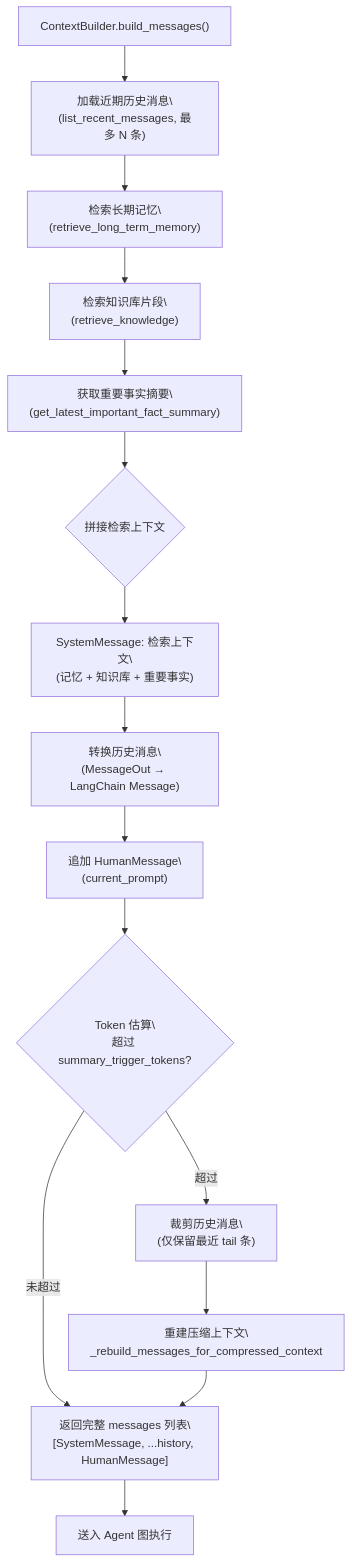
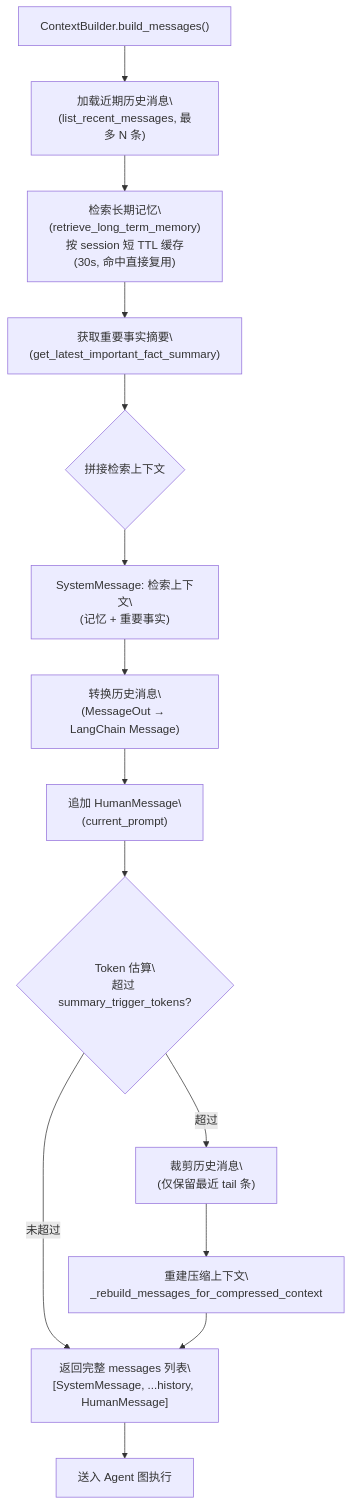
One commit to xiao-Huahuo/Agent-Core-Service changed the tenth of 23 diagrams in README.md. Above: the diagram before and after it, drawn with Mermaid. The commit also changed other lines of this file and 18 other files, not shown here.

````diff
--- a/README.md
+++ b/README.md
@@ -709,17 +712,16 @@
 ```mermaid
 flowchart TD
     A["ContextBuilder.build_messages()"] --> B["加载近期历史消息\\n(list_recent_messages, 最多 N 条)"]
-    B --> C["检索长期记忆\\n(retrieve_long_term_memory)"]
-    C --> D["检索知识库片段\\n(retrieve_knowledge)"]
-    D --> E["获取重要事实摘要\\n(get_latest_important_fact_summary)"]
-    E --> F{"拼接检索上下文"}
-    F --> G["SystemMessage: 检索上下文\\n(记忆 + 知识库 + 重要事实)"]
-    G --> H["转换历史消息\\n(MessageOut → LangChain Message)"]
-    H --> I["追加 HumanMessage\\n(current_prompt)"]
-    I --> J{"Token 估算\\n超过 summary_trigger_tokens?"}
-    J -->|"未超过"| K["返回完整 messages 列表\\n[SystemMessage, ...history, HumanMessage]"]
-    J -->|"超过"| L["裁剪历史消息\\n(仅保留最近 tail 条)"]
-    L --> M["重建压缩上下文\\n_rebuild_messages_for_compressed_context"]
-    M --> K
-    K --> N["送入 Agent 图执行"]
+    B --> C["检索长期记忆\\n(retrieve_long_term_memory)<br/>按 session 短 TTL 缓存<br/>(30s, 命中直接复用)"]
+    C --> D["获取重要事实摘要\\n(get_latest_important_fact_summary)"]
+    D --> E{"拼接检索上下文"}
+    E --> F["SystemMessage: 检索上下文\\n(记忆 + 重要事实)"]
+    F --> G["转换历史消息\\n(MessageOut → LangChain Message)"]
+    G --> H["追加 HumanMessage\\n(current_prompt)"]
+    H --> I{"Token 估算\\n超过 summary_trigger_tokens?"}
+    I -->|"未超过"| J["返回完整 messages 列表\\n[SystemMessage, ...history, HumanMessage]"]
+    I -->|"超过"| K["裁剪历史消息\\n(仅保留最近 tail 条)"]
+    K --> L["重建压缩上下文\\n_rebuild_messages_for_compressed_context"]
+    L --> J
+    J --> M["送入 Agent 图执行"]
 ```
````
